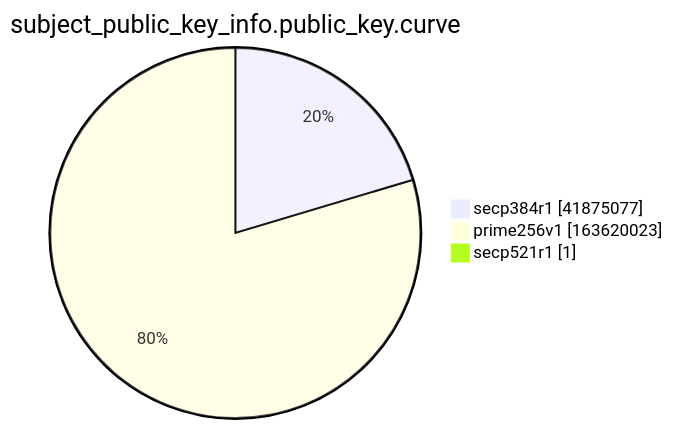
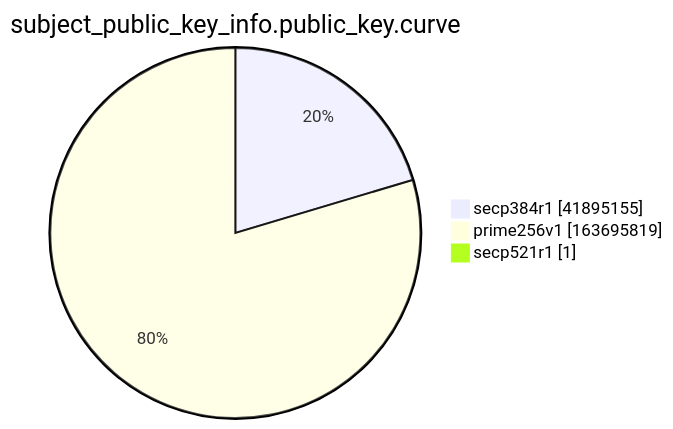
One commit to christiankrug/ctmonitor_visualization changed the ninth of 15 diagrams in xenon2022/README.md. Above: the diagram before and after it, drawn with Mermaid. The commit also changed other lines of this file, not shown here.

````diff
--- a/xenon2022/README.md
+++ b/xenon2022/README.md
@@ -2869,7 +2869,7 @@
 ```mermaid
 pie showData
 title subject_public_key_info.public_key.curve
-"secp384r1" :41875077
-"prime256v1" :163620023
+"secp384r1" :41895155
+"prime256v1" :163695819
 "secp521r1" :1
 ```
````
